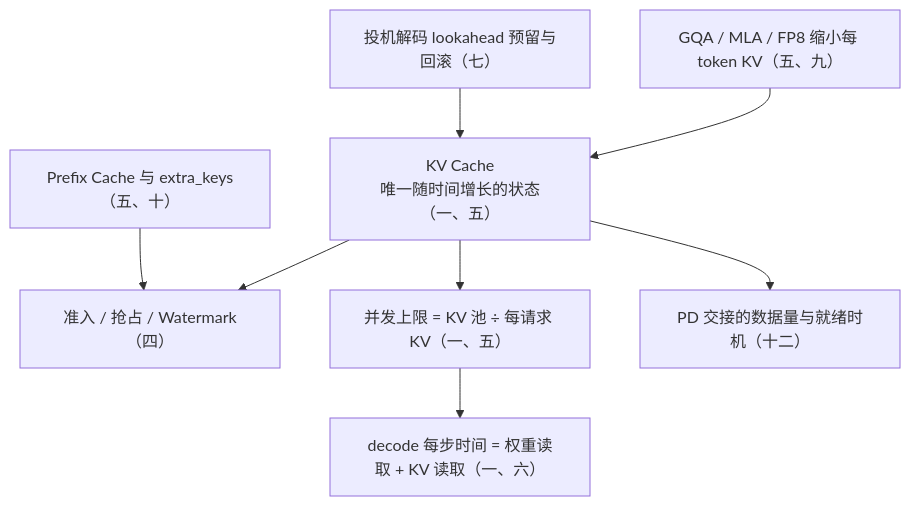
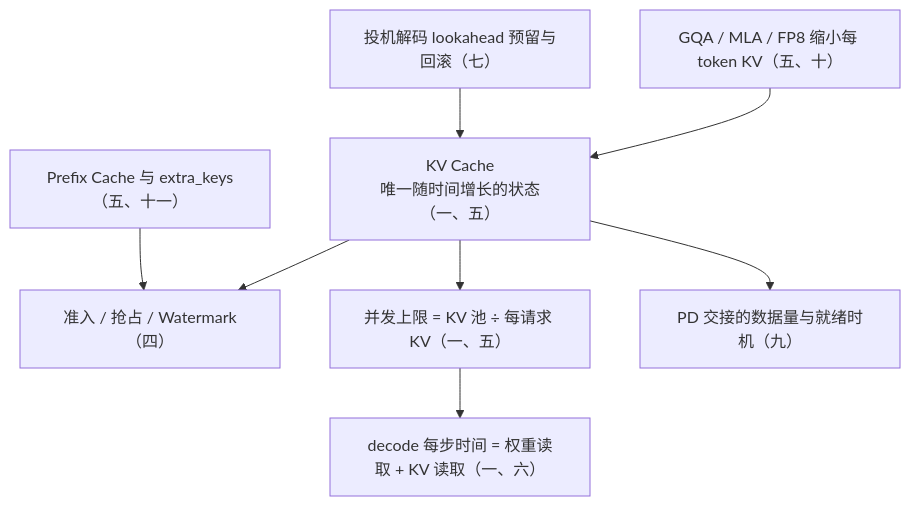
One commit to arganzheng/arganzheng.github.com changed the second of 2 diagrams in _posts/2026-08-25-deep-dive-into-vllm-series-recap-and-self-test.md. Above: the diagram before and after it, drawn with Mermaid. The commit also changed other lines of this file and 13 other files, not shown here.

````diff
--- a/_posts/2026-08-25-deep-dive-into-vllm-series-recap-and-self-test.md
+++ b/_posts/2026-08-25-deep-dive-into-vllm-series-recap-and-self-test.md
@@ -356,19 +296,19 @@
 ```mermaid
 %% 图：KV Cache 是唯一随时间增长的状态：准入、并发上限、PD 交接、decode 每步时间都由它决定
 flowchart TB
     KV["KV Cache<br/>唯一随时间增长的状态（一、五）"]
     ADM["准入 / 抢占 / Watermark（四）"]
     CAP["并发上限 = KV 池 ÷ 每请求 KV（一、五）"]
-    XFER["PD 交接的数据量与就绪时机（十二）"]
+    XFER["PD 交接的数据量与就绪时机（九）"]
     STEP["decode 每步时间 = 权重读取 + KV 读取（一、六）"]
-    SHRINK["GQA / MLA / FP8 缩小每 token KV（五、九）"]
-    PREFIX["Prefix Cache 与 extra_keys（五、十）"]
+    SHRINK["GQA / MLA / FP8 缩小每 token KV（五、十）"]
+    PREFIX["Prefix Cache 与 extra_keys（五、十一）"]
     SPEC["投机解码 lookahead 预留与回滚（七）"]
     KV --> ADM
     KV --> CAP
     KV --> XFER
     CAP --> STEP
     SHRINK --> KV
     SPEC --> KV
     PREFIX --> ADM
 ```
````
